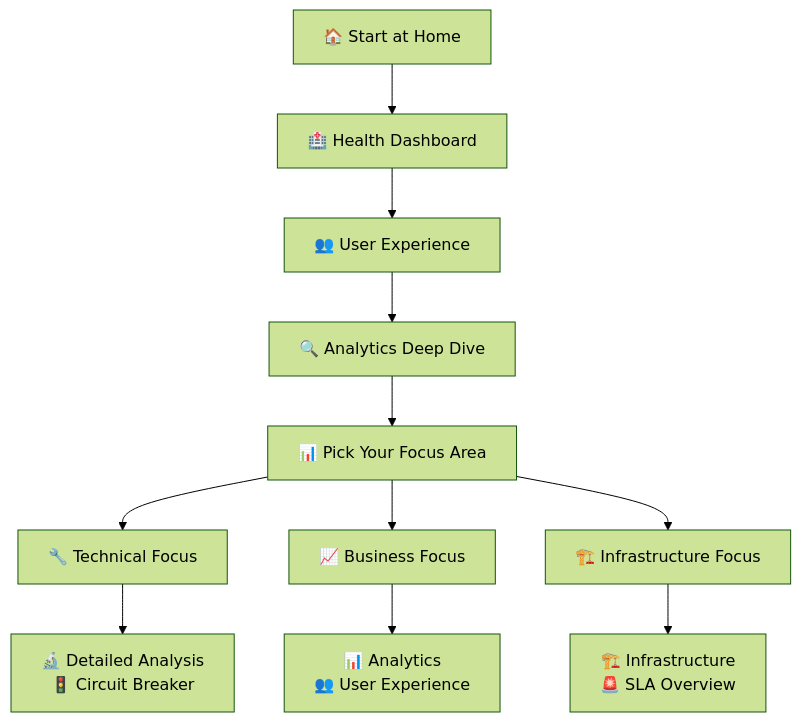
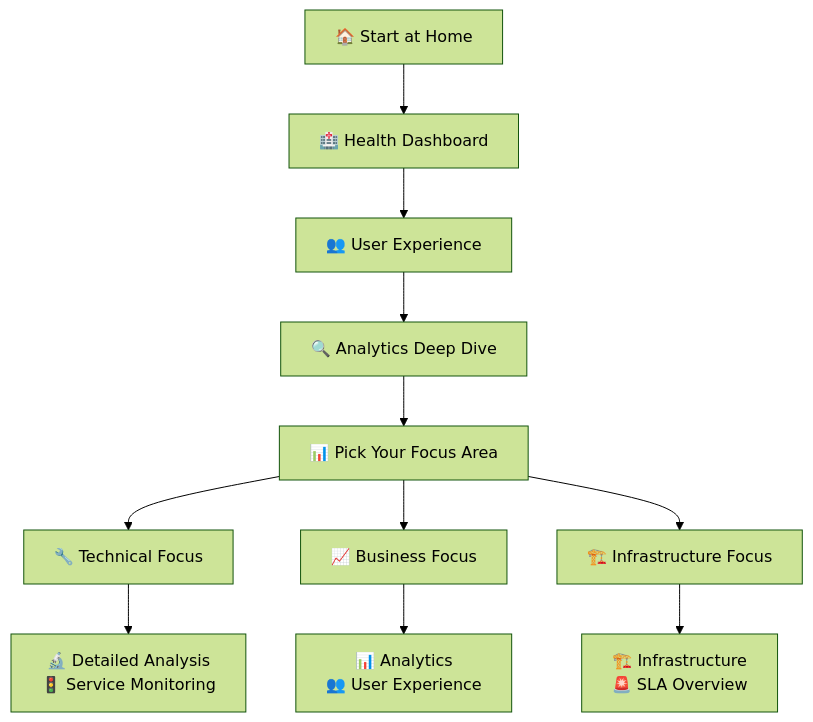
One commit to gsinghjay/mvp_qr_gen changed diagram 12 of 25 in GRAFANA.md. Above: the diagram before and after it, drawn with Mermaid (forest theme). The commit also changed other lines of this file and 2 other files, not shown here.

````diff
--- a/GRAFANA.md
+++ b/GRAFANA.md
@@ -369,15 +440,15 @@
 ```mermaid
 graph TD
     A[🏠 Start at Home] --> B[🏥 Health Dashboard]
     B --> C[👥 User Experience]
     C --> D[🔍 Analytics Deep Dive]
     D --> E[📊 Pick Your Focus Area]
     
     E --> F[🔧 Technical Focus]
     E --> G[📈 Business Focus]
     E --> H[🏗️ Infrastructure Focus]
     
-    F --> F1[🔬 Detailed Analysis<br/>🚦 Circuit Breaker]
+    F --> F1[🔬 Detailed Analysis<br/>🚦 Service Monitoring]
     G --> G1[📊 Analytics<br/>👥 User Experience]
     H --> H1[🏗️ Infrastructure<br/>🚨 SLA Overview]
 ```
````
